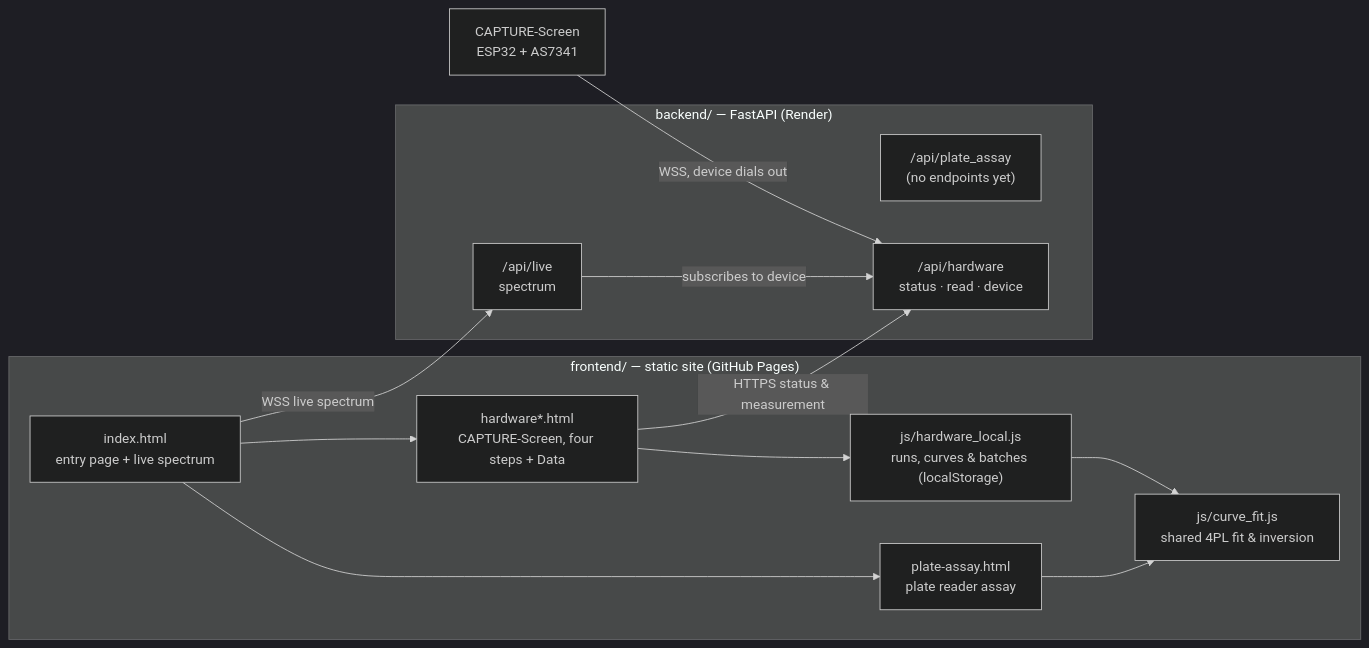
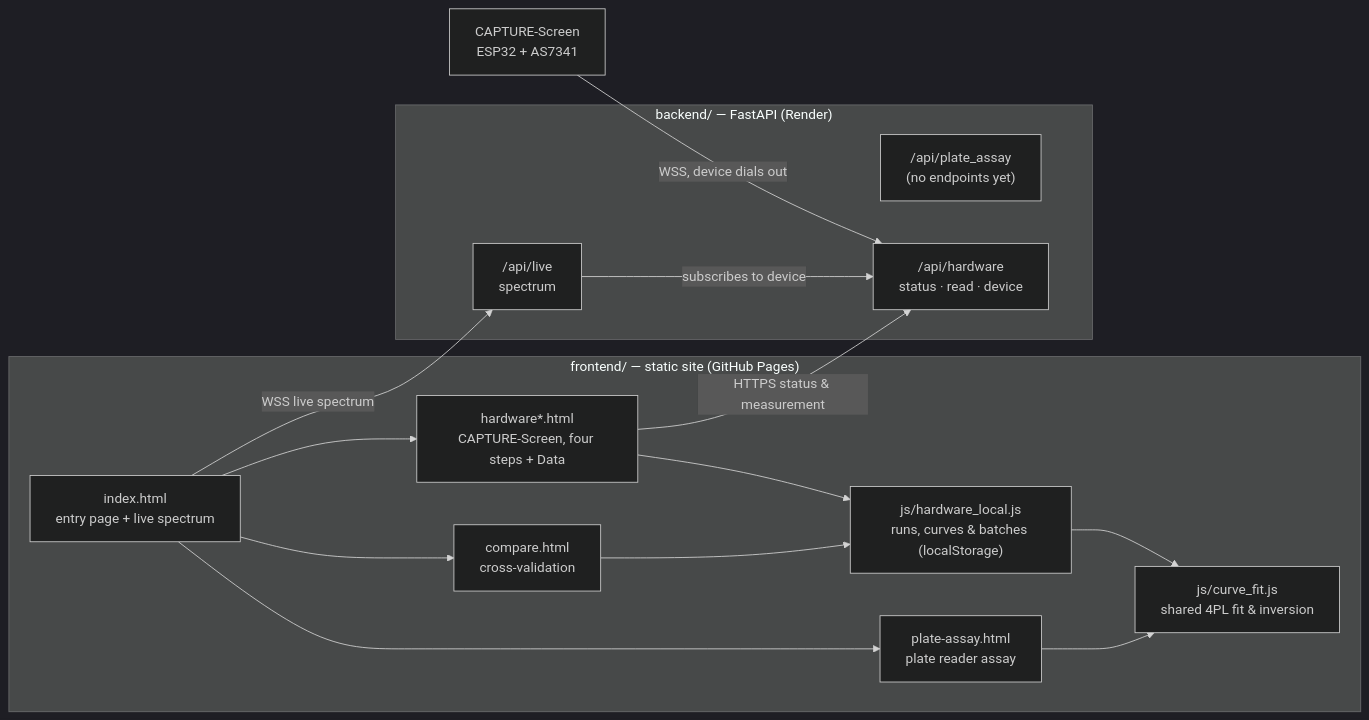
One commit to igem-ncku-software/igem-software changed the diagram in README.md. Above: the diagram before and after it, drawn with Mermaid (dark theme). The commit also changed other lines of this file and 8 other files, not shown here.

````diff
--- a/README.md
+++ b/README.md
@@ -72,28 +73,31 @@
 ```mermaid
 flowchart LR
     DEV["CAPTURE-Screen<br/>ESP32 + AS7341"]
 
     subgraph FE["frontend/ — static site (GitHub Pages)"]
         IDX["index.html<br/>entry page + live spectrum"]
         PA["plate-assay.html<br/>plate reader assay"]
+        CMP["compare.html<br/>cross-validation"]
         CF["js/curve_fit.js<br/>shared 4PL fit & inversion"]
         HW["hardware*.html<br/>CAPTURE-Screen, four steps + Data"]
         LOCAL["js/hardware_local.js<br/>runs, curves & batches (localStorage)"]
         IDX --> PA
+        IDX --> CMP
+        CMP --> LOCAL
         IDX --> HW
         HW --> LOCAL
         PA --> CF
         LOCAL --> CF
     end
 
     subgraph BE["backend/ — FastAPI (Render)"]
         RT1["/api/plate_assay<br/>(no endpoints yet)"]
         HUB["/api/hardware<br/>status · read · device"]
         LIVE["/api/live<br/>spectrum"]
         LIVE -->|subscribes to device| HUB
     end
 
     IDX -->|WSS live spectrum| LIVE
     HW -->|HTTPS status & measurement| HUB
     DEV -->|WSS, device dials out| HUB
 ```
````
